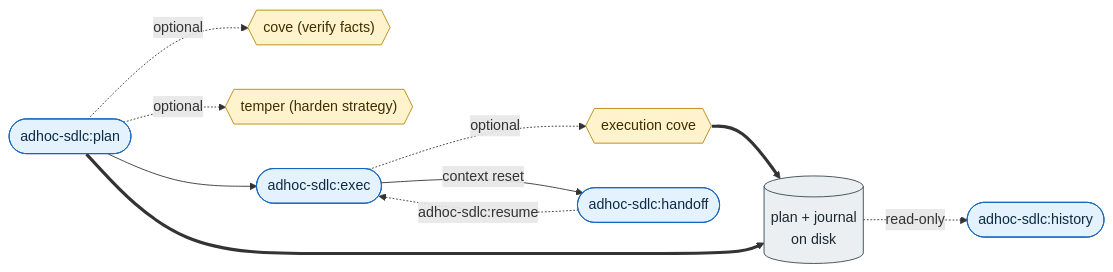
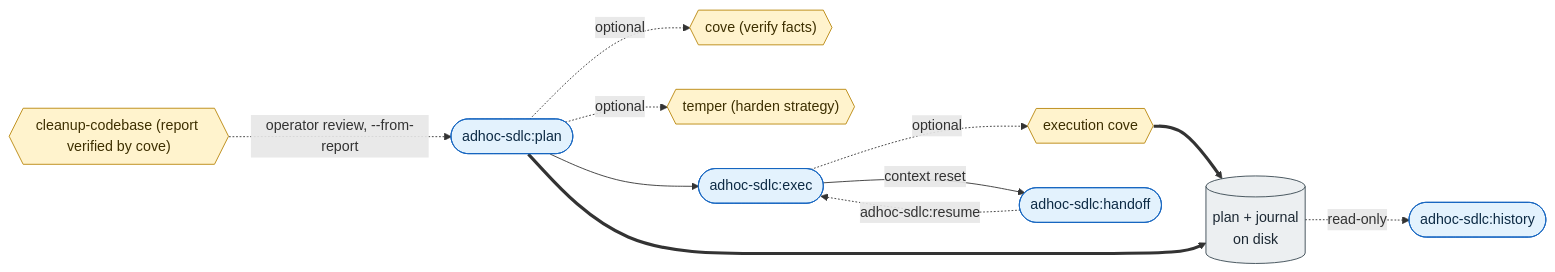
The diagram in README.md (daniel-grabowski/adhoc-sdlc), drawn with Mermaid before and after one commit. The commit also changed other lines of this file and 44 other files, not shown here.

First line of the commit message:
Release 0.8.0: cleanup-codebase report loop with cove verification

````diff
--- a/README.md
+++ b/README.md
@@ -71,19 +73,20 @@
 ```mermaid
 flowchart LR
     plan(["adhoc-sdlc:plan"]) -.->|optional| cove{{"cove (verify facts)"}}
     plan -.->|optional| temper{{"temper (harden strategy)"}}
+    cleanup{{"cleanup-codebase (report verified by cove)"}} -.->|"operator review, --from-report"| plan
     plan --> exec(["adhoc-sdlc:exec"])
     exec -.->|optional| ecove{{"execution cove"}}
     ecove ==> disk[("plan + journal<br/>on disk")]
     exec -->|context reset| handoff(["adhoc-sdlc:handoff"])
     handoff -.->|"adhoc-sdlc:resume"| exec
     plan ==> disk
     disk -.->|read-only| history(["adhoc-sdlc:history"])
 
     classDef cmd fill:#e3f2fd,stroke:#1565c0,color:#0d2b45
     classDef gate fill:#fff3cd,stroke:#b8860b,color:#3d2f00
     classDef store fill:#eceff1,stroke:#37474f,color:#1c2833
     class plan,exec,handoff,history cmd
-    class cove,temper,ecove gate
+    class cove,temper,ecove,cleanup gate
     class disk store
 ```
````
